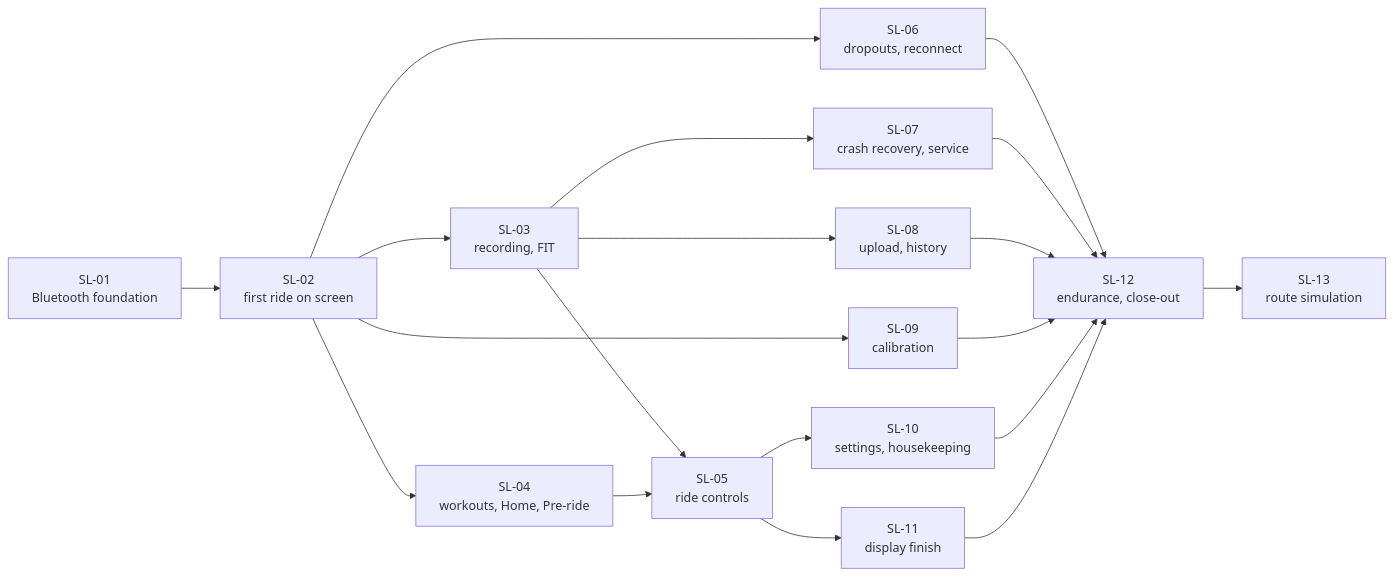
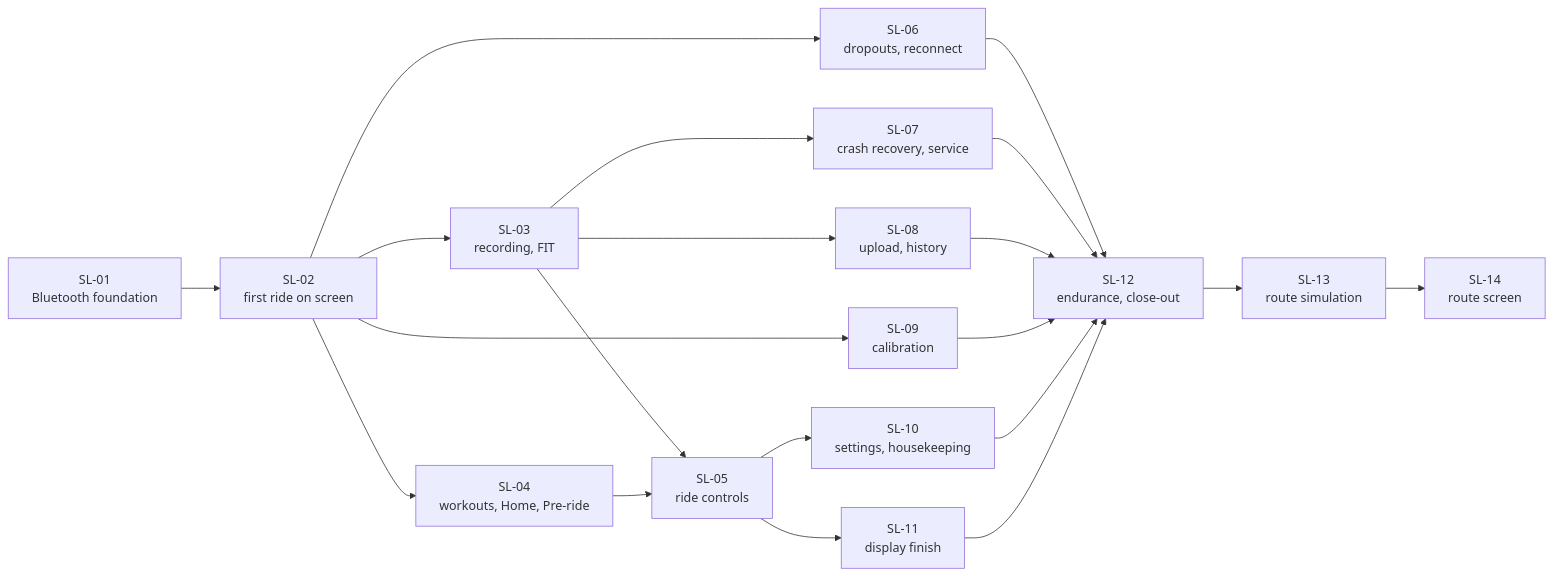
The second of 6 diagrams in docs/phase5-implementation.md (ferdean/wow), drawn with Mermaid before and after one commit. The commit also changed other lines of this file and 58 other files, not shown here.

First line of the commit message:
SL-14: route screen, live ride along the route, version 0.8.0

````diff
--- a/docs/phase5-implementation.md
+++ b/docs/phase5-implementation.md
@@ -32,16 +32,17 @@
 ```mermaid
 flowchart LR
     s1["SL-01<br/>Bluetooth foundation"] --> s2["SL-02<br/>first ride on screen"]
     s2 --> s3["SL-03<br/>recording, FIT"]
     s2 --> s4["SL-04<br/>workouts, Home, Pre-ride"]
     s3 --> s5["SL-05<br/>ride controls"]
     s4 --> s5
     s2 --> s6["SL-06<br/>dropouts, reconnect"]
     s3 --> s7["SL-07<br/>crash recovery, service"]
     s3 --> s8["SL-08<br/>upload, history"]
     s2 --> s9["SL-09<br/>calibration"]
     s5 --> s10["SL-10<br/>settings, housekeeping"]
     s5 --> s11["SL-11<br/>display finish"]
     s6 & s7 & s8 & s9 & s10 & s11 --> s12["SL-12<br/>endurance, close-out"]
     s12 --> s13["SL-13<br/>route simulation"]
+    s13 --> s14["SL-14<br/>route screen"]
 ```
````
